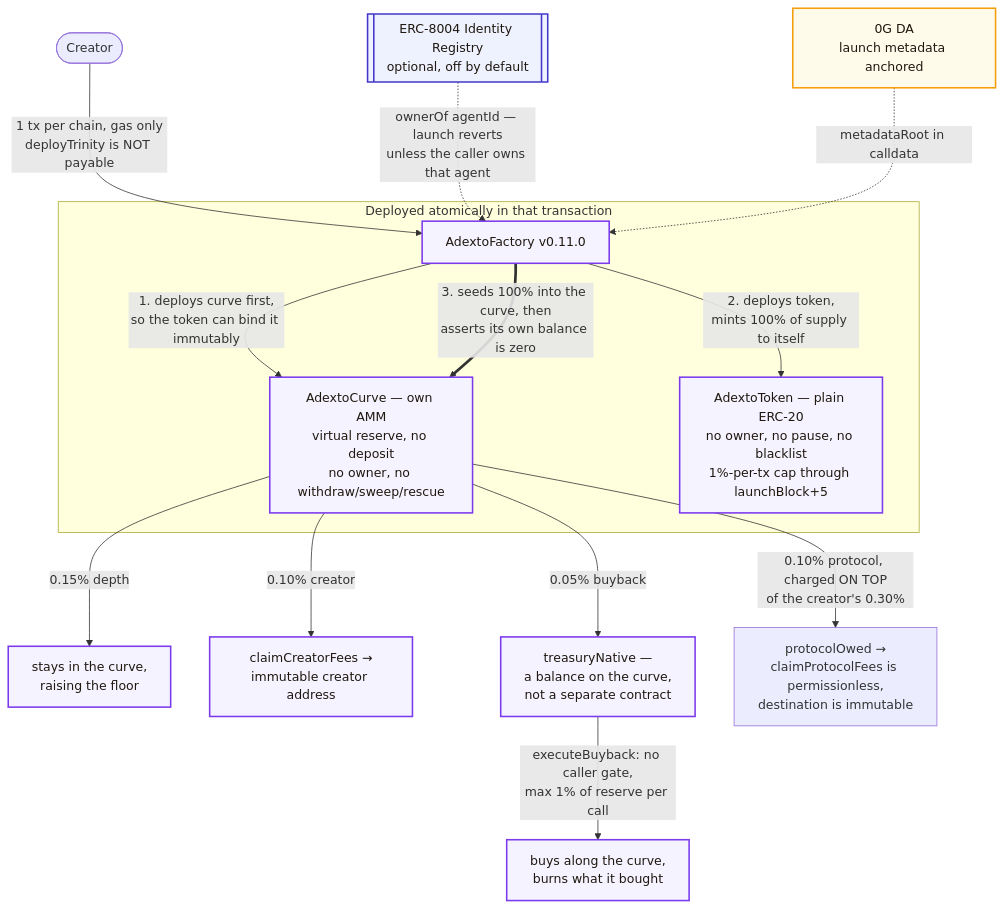
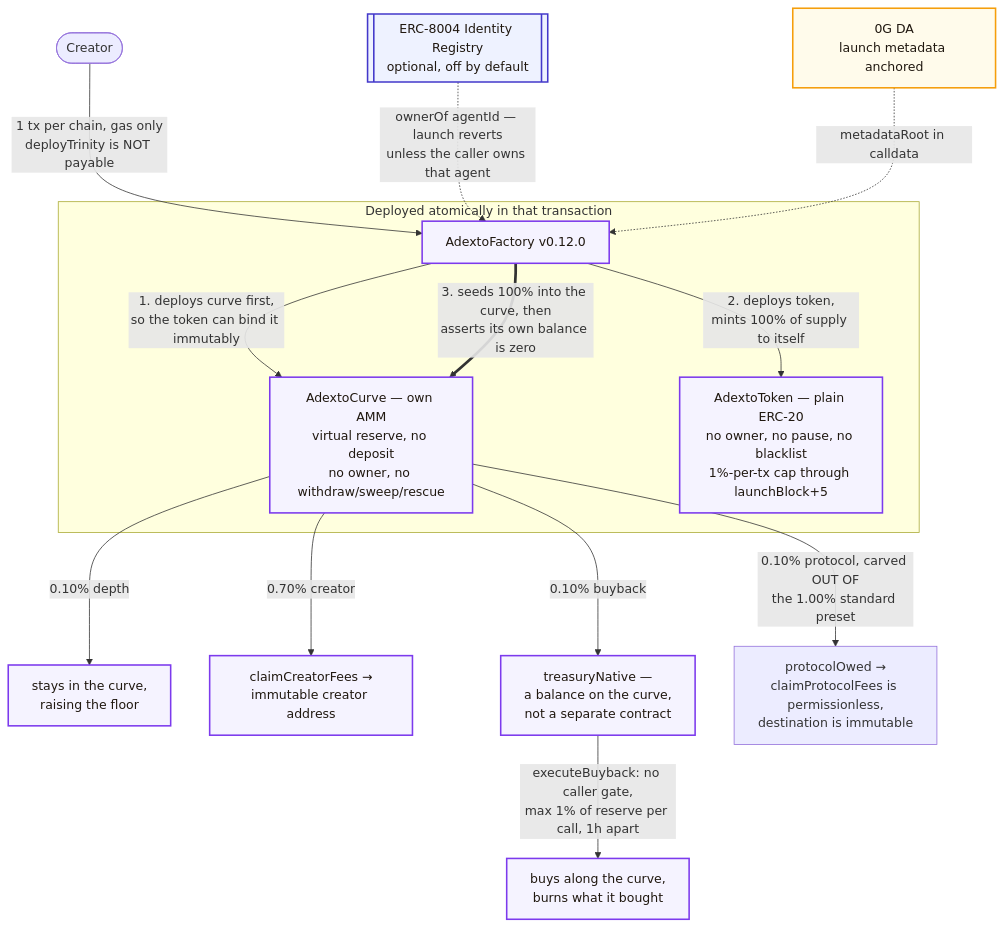
One commit to 0xcuy/adexto changed the diagram in README.md. Above: the diagram before and after it, drawn with Mermaid. The commit also changed other lines of this file and 4 other files, not shown here.

First line of the commit message:
Describe both fee generations and fix a stale factory in the docs

````diff
--- a/README.md
+++ b/README.md
@@ -63,27 +75,27 @@
 ```mermaid
 graph TD
-    Creator([Creator]) -->|1 tx per chain, gas only<br/>deployTrinity is NOT payable| Factory[AdextoFactory v0.11.0]
+    Creator([Creator]) -->|1 tx per chain, gas only<br/>deployTrinity is NOT payable| Factory[AdextoFactory v0.12.0]
 
     Registry[[ERC-8004 Identity Registry<br/>optional, off by default]] -.->|ownerOf agentId — launch reverts<br/>unless the caller owns that agent| Factory
     Meta[0G DA<br/>launch metadata anchored] -.->|metadataRoot in calldata| Factory
 
     subgraph "Deployed atomically in that transaction"
         Factory -->|1. deploys curve first,<br/>so the token can bind it immutably| Curve[AdextoCurve — own AMM<br/>virtual reserve, no deposit<br/>no owner, no withdraw/sweep/rescue]
         Factory -->|2. deploys token,<br/>mints 100% of supply to itself| Token[AdextoToken — plain ERC-20<br/>no owner, no pause, no blacklist<br/>1%-per-tx cap through launchBlock+5]
         Factory ==>|3. seeds 100% into the curve, then<br/>asserts its own balance is zero| Curve
     end
 
-    Curve -->|0.15% depth| Depth[stays in the curve,<br/>raising the floor]
-    Curve -->|0.10% creator| CreatorFee[claimCreatorFees →<br/>immutable creator address]
-    Curve -->|0.05% buyback| Vault[treasuryNative —<br/>a balance on the curve,<br/>not a separate contract]
-    Curve -->|0.10% protocol, charged ON TOP<br/>of the creator's 0.30%| Protocol[protocolOwed →<br/>claimProtocolFees is permissionless,<br/>destination is immutable]
+    Curve -->|0.10% depth| Depth[stays in the curve,<br/>raising the floor]
+    Curve -->|0.70% creator| CreatorFee[claimCreatorFees →<br/>immutable creator address]
+    Curve -->|0.10% buyback| Vault[treasuryNative —<br/>a balance on the curve,<br/>not a separate contract]
+    Curve -->|0.10% protocol, carved OUT OF<br/>the 1.00% standard preset| Protocol[protocolOwed →<br/>claimProtocolFees is permissionless,<br/>destination is immutable]
 
-    Vault -->|executeBuyback: no caller gate,<br/>max 1% of reserve per call| Burn[buys along the curve,<br/>burns what it bought]
+    Vault -->|executeBuyback: no caller gate,<br/>max 1% of reserve per call, 1h apart| Burn[buys along the curve,<br/>burns what it bought]
 
     classDef live fill:#f5f3ff,stroke:#7c3aed,stroke-width:2px,color:#201810;
     classDef partial fill:#fffbeb,stroke:#f59e0b,stroke-width:2px,color:#201810;
     classDef ext fill:#eef2ff,stroke:#4338ca,stroke-width:2px,color:#201810;
     class Factory,Token,Curve,Depth,CreatorFee,Vault,Burn live;
     class Meta partial;
     class Registry ext;
 ```
````
